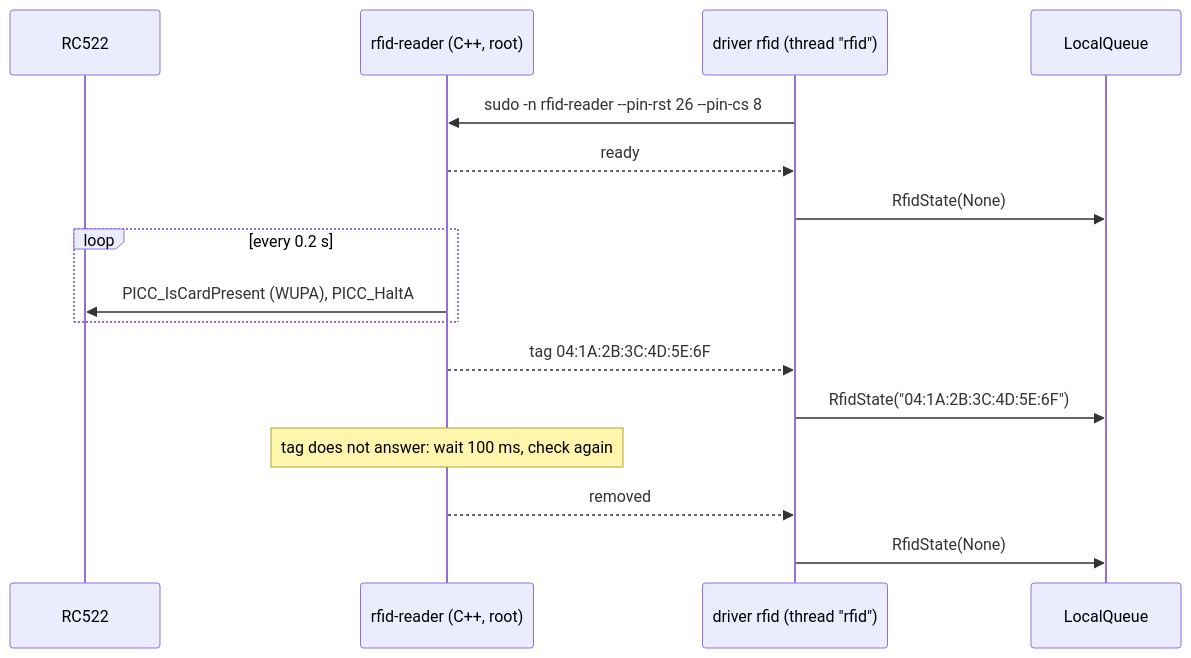
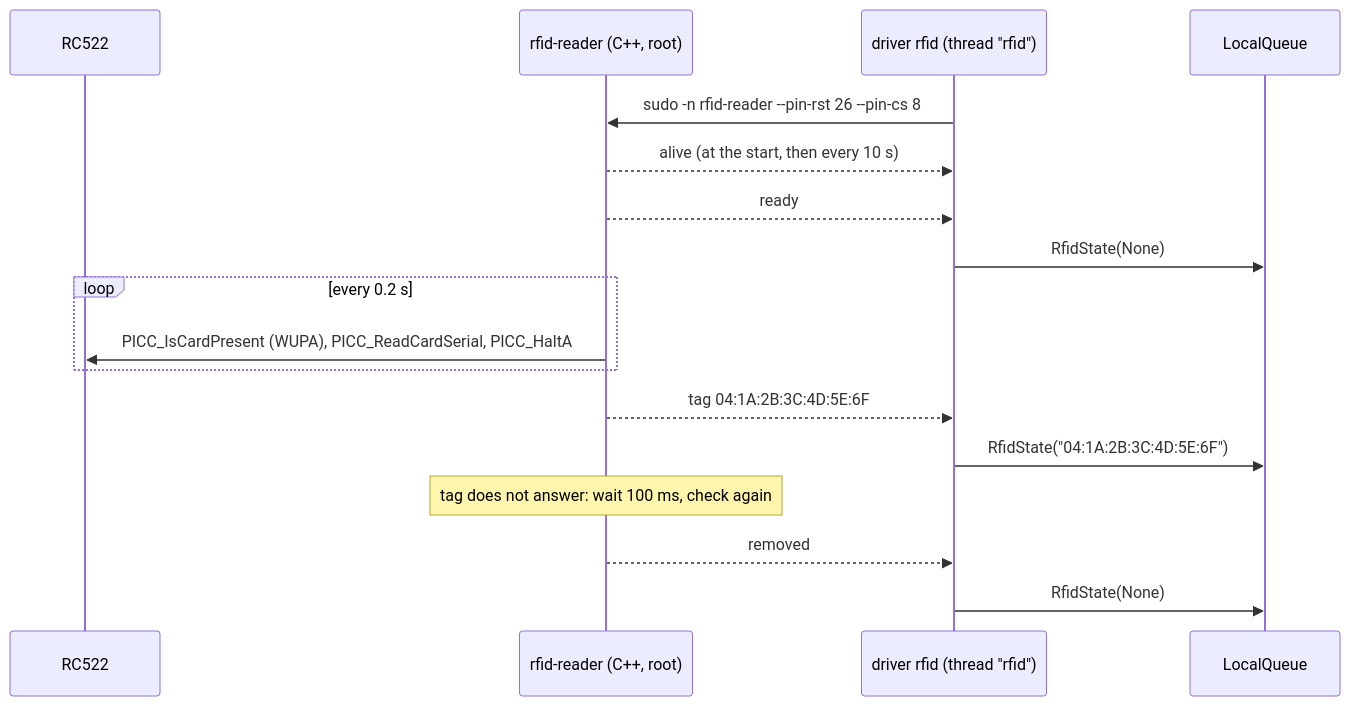
One commit to tgd1975/tinyjukebox changed the second of 2 diagrams in docs/developer/drivers.md. Above: the diagram before and after it, drawn with Mermaid. The commit also changed other lines of this file and 5 other files, not shown here.

````diff
--- a/docs/developer/drivers.md
+++ b/docs/developer/drivers.md
@@ -144,18 +144,19 @@
 ```mermaid
 sequenceDiagram
     participant H as RC522
     participant R as rfid-reader (C++, root)
     participant T as driver rfid (thread "rfid")
     participant Q as LocalQueue
     T->>R: sudo -n rfid-reader --pin-rst 26 --pin-cs 8
+    R-->>T: alive (at the start, then every 10 s)
     R-->>T: ready
     T->>Q: RfidState(None)
     loop every 0.2 s
-        R->>H: PICC_IsCardPresent (WUPA), PICC_HaltA
+        R->>H: PICC_IsCardPresent (WUPA), PICC_ReadCardSerial, PICC_HaltA
     end
     R-->>T: tag 04:1A:2B:3C:4D:5E:6F
     T->>Q: RfidState("04:1A:2B:3C:4D:5E:6F")
     Note over R: tag does not answer: wait 100 ms, check again
     R-->>T: removed
     T->>Q: RfidState(None)
 ```
````
